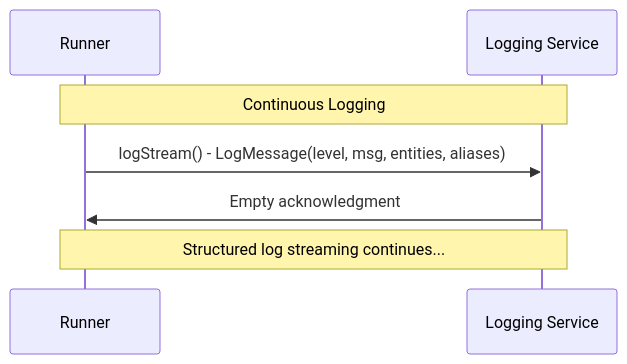
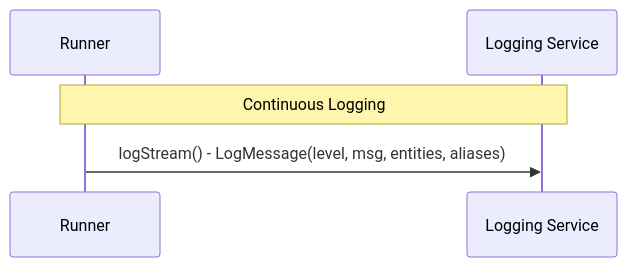
One commit to rdf-connect/proto changed the fourth of 4 diagrams in README.md. Above: the diagram before and after it, drawn with Mermaid. The commit also changed other lines of this file and 5 other files, not shown here.

````diff
--- a/README.md
+++ b/README.md
@@ -139,10 +144,8 @@
 ```mermaid
 sequenceDiagram
     participant R as Runner
     participant L as Logging Service
 
     Note over R,L: Continuous Logging
     R->>L: logStream() - LogMessage(level, msg, entities, aliases)
-    L->>R: Empty acknowledgment
-    Note over R,L: Structured log streaming continues...
 ```
````
